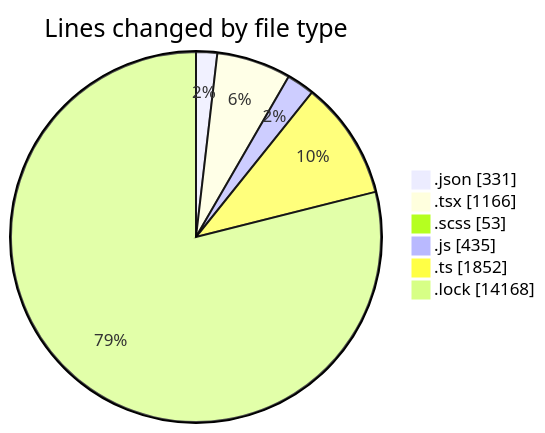
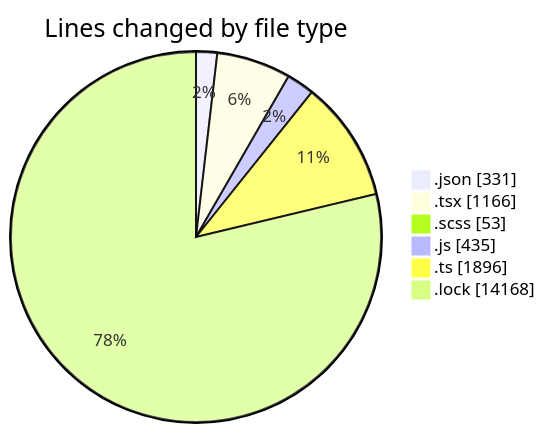
The first of 2 diagrams in 2026-09-03/cda/README.md (momahboobian/code-tracking), drawn with Mermaid before and after one commit. The commit also changed other lines of this file and 1 other file, not shown here.

````diff
--- a/2026-09-03/cda/README.md
+++ b/2026-09-03/cda/README.md
@@ -33,10 +34,10 @@
 ```mermaid
 pie showData
 title Lines changed by file type
 ".json" : 331
 ".tsx" : 1166
 ".scss" : 53
 ".js" : 435
-".ts" : 1852
+".ts" : 1896
 ".lock" : 14168
 ```
````
